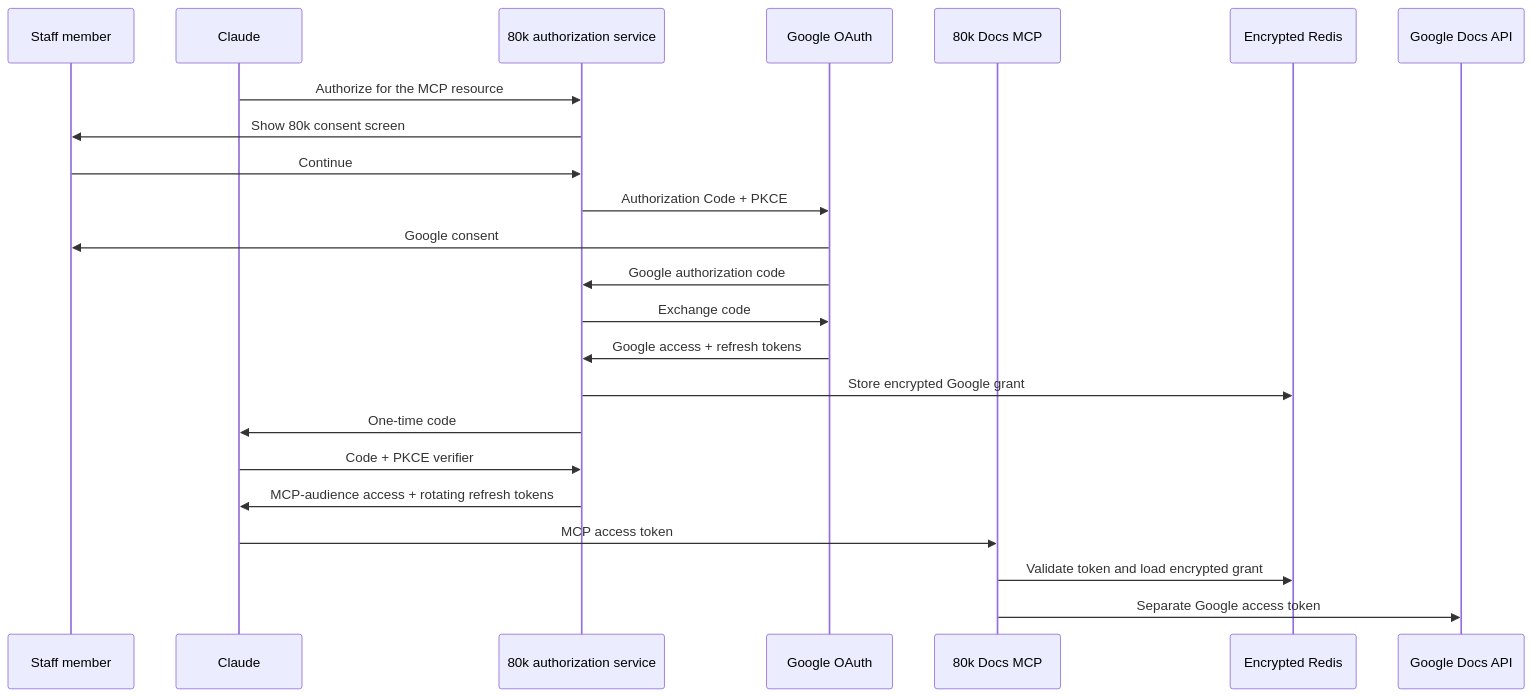
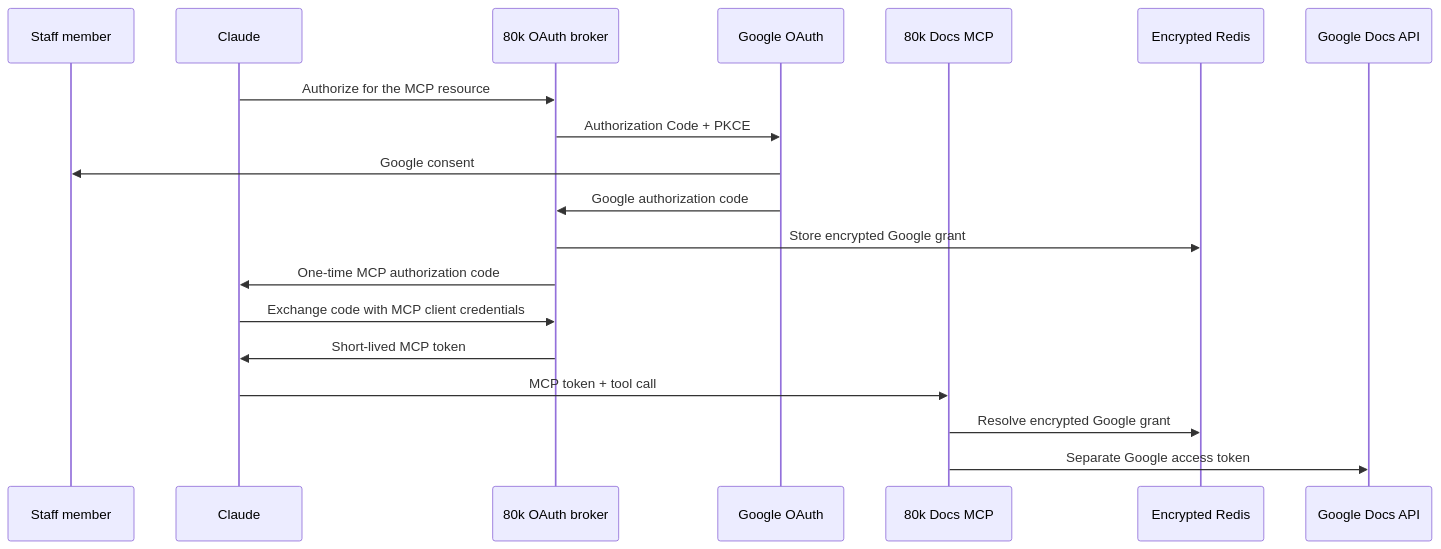
Before and after one commit to alejoacelas/07-30-docs-mcp: the diagram in docs/organization-owned-remote.md, drawn with Mermaid. The commit also changed other lines of this file and 8 other files, not shown here.

````diff
--- a/docs/organization-owned-remote.md
+++ b/docs/organization-owned-remote.md
@@ -37,26 +45,22 @@
 ```mermaid
 sequenceDiagram
     participant U as Staff member
     participant C as Claude
-    participant A as 80k authorization service
+    participant A as 80k OAuth broker
     participant G as Google OAuth
     participant M as 80k Docs MCP
     participant R as Encrypted Redis
     participant D as Google Docs API
 
     C->>A: Authorize for the MCP resource
-    A->>U: Show 80k consent screen
-    U->>A: Continue
     A->>G: Authorization Code + PKCE
     G->>U: Google consent
     G->>A: Google authorization code
-    A->>G: Exchange code
-    G->>A: Google access + refresh tokens
     A->>R: Store encrypted Google grant
-    A->>C: One-time code
-    C->>A: Code + PKCE verifier
-    A->>C: MCP-audience access + rotating refresh tokens
-    C->>M: MCP access token
-    M->>R: Validate token and load encrypted grant
+    A->>C: One-time MCP authorization code
+    C->>A: Exchange code with MCP client credentials
+    A->>C: Short-lived MCP token
+    C->>M: MCP token + tool call
+    M->>R: Resolve encrypted Google grant
     M->>D: Separate Google access token
 ```
````
